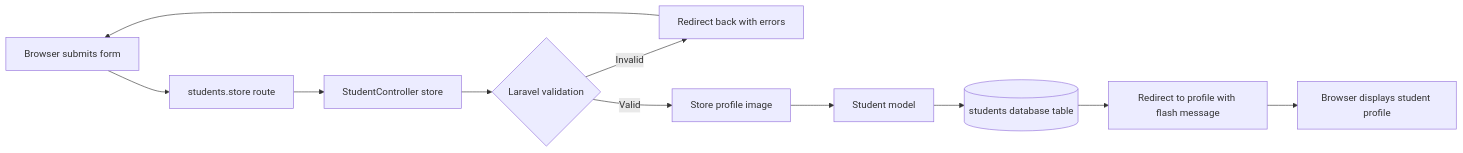
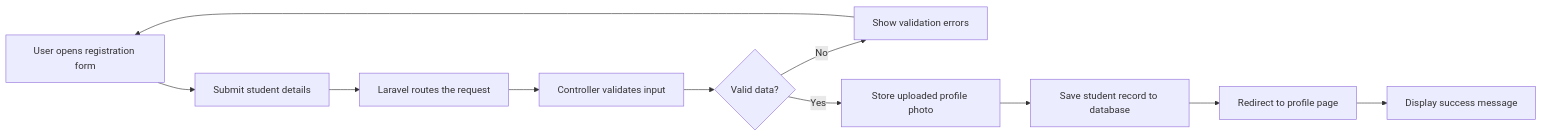
Before and after one commit to carlmatthewcastro/week04-student-registration: the first of 3 diagrams in README.md, drawn with Mermaid. The commit also changed other lines of this file, not shown here.

Commit message:
docs: update student registration documentation

````diff
--- a/README.md
+++ b/README.md
@@ -40,13 +32,13 @@
 ```mermaid
 flowchart LR
-    A[Browser submits form] --> B[students.store route]
-    B --> C[StudentController store]
-    C --> D{Laravel validation}
-    D -- Invalid --> E[Redirect back with errors]
-    E --> A
-    D -- Valid --> F[Store profile image]
-    F --> G[Student model]
-    G --> H[(students database table)]
-    H --> I[Redirect to profile with flash message]
-    I --> J[Browser displays student profile]
+    A[User opens registration form] --> B[Submit student details]
+    B --> C[Laravel routes the request]
+    C --> D[Controller validates input]
+    D --> E{Valid data?}
+    E -- No --> F[Show validation errors]
+    F --> A
+    E -- Yes --> G[Store uploaded profile photo]
+    G --> H[Save student record to database]
+    H --> I[Redirect to profile page]
+    I --> J[Display success message]
 ```
````
